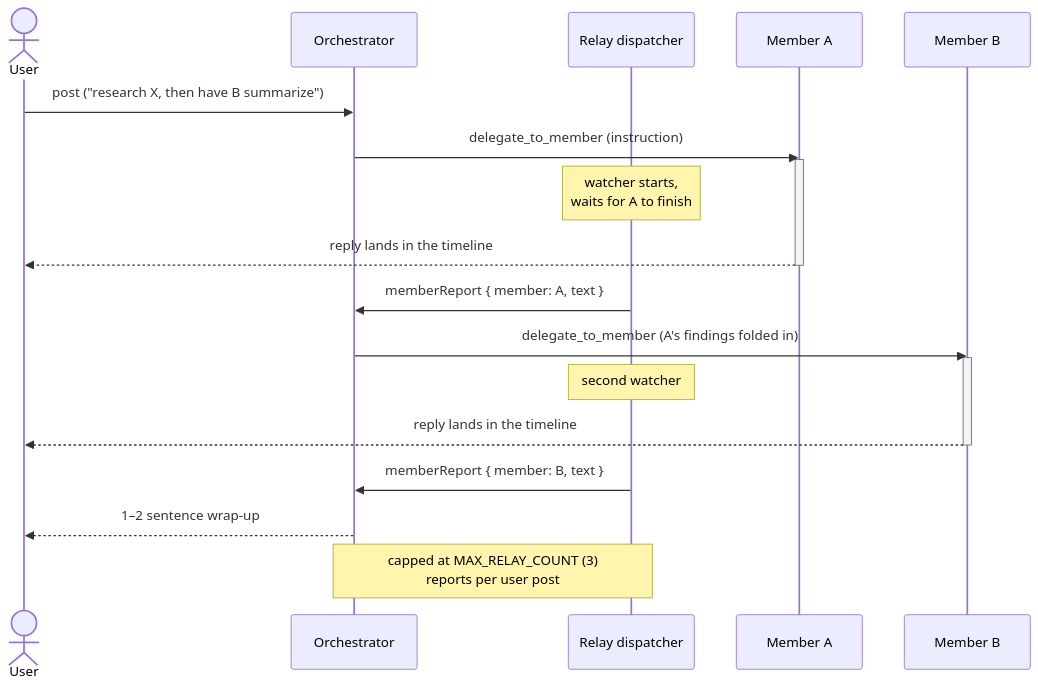
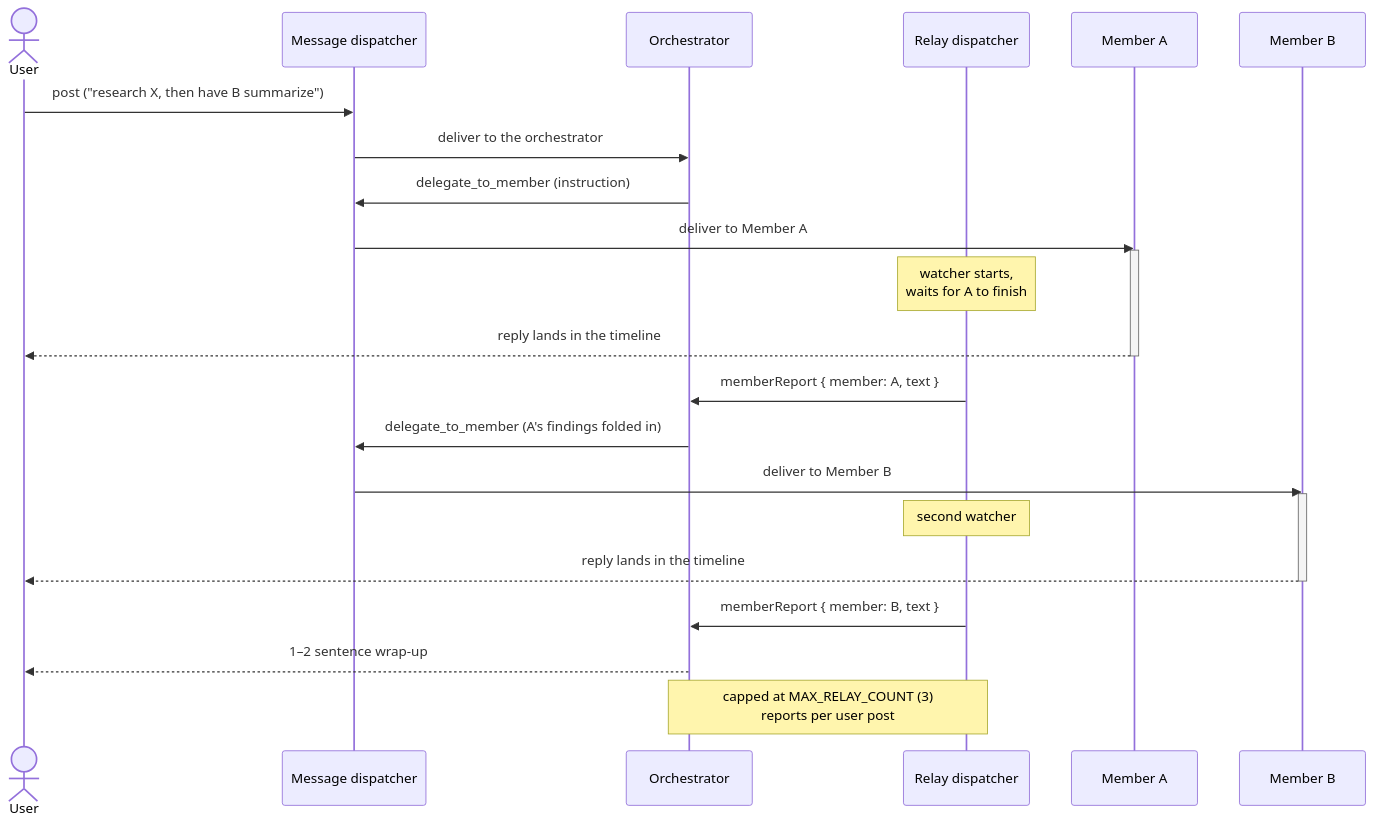
Before and after one commit to soartec-lab/open-agents-platform: the diagram in README.md, drawn with Mermaid. The commit also changed other lines of this file, not shown here.

Commit message:
Add the message dispatcher to the README sequence diagram
The How-it-works diagram now shows both couriers: the message dispatcher
delivering the user's post and each delegation into the right agent
conversation, and the relay dispatcher feeding member results back.

````diff
--- a/README.md
+++ b/README.md
@@ -78,24 +81,28 @@
 ```mermaid
 sequenceDiagram
     actor User
+    participant MD as Message dispatcher
     participant O as Orchestrator
     participant RD as Relay dispatcher
     participant A as Member A
     participant B as Member B
 
-    User->>O: post ("research X, then have B summarize")
-    O->>A: delegate_to_member (instruction)
+    User->>MD: post ("research X, then have B summarize")
+    MD->>O: deliver to the orchestrator
+    O->>MD: delegate_to_member (instruction)
+    MD->>A: deliver to Member A
     activate A
     Note over RD: watcher starts,<br/>waits for A to finish
     A-->>User: reply lands in the timeline
     deactivate A
     RD->>O: memberReport { member: A, text }
-    O->>B: delegate_to_member (A's findings folded in)
+    O->>MD: delegate_to_member (A's findings folded in)
+    MD->>B: deliver to Member B
     activate B
     Note over RD: second watcher
     B-->>User: reply lands in the timeline
     deactivate B
     RD->>O: memberReport { member: B, text }
     O-->>User: 1–2 sentence wrap-up
     Note over O,RD: capped at MAX_RELAY_COUNT (3)<br/>reports per user post
 ```
````
